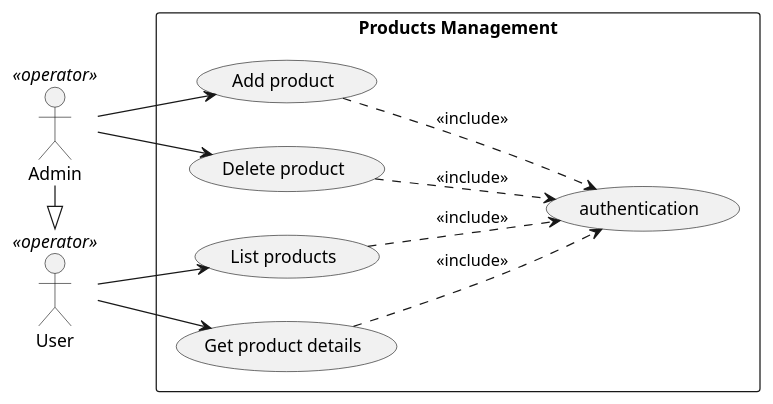
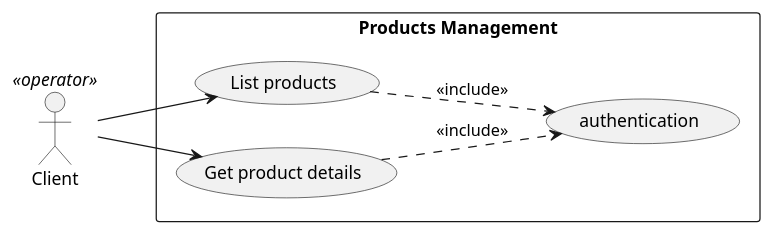
Before and after one commit to Xwyk/BileMo: the diagram in diagrams/UseCases/UseCase_ProductsManagement.puml, drawn with PlantUML. The commit also changed 13 other files, not shown here.

```diff
--- a/diagrams/UseCases/UseCase_ProductsManagement.puml
+++ b/diagrams/UseCases/UseCase_ProductsManagement.puml
@@ -1,26 +1,18 @@
 @startuml
 left to right direction
-User    <<operator>> as user
-Admin    <<operator>> as admin
+Client    <<operator>> as client
 
 
 rectangle "Products Management" {
   (List products) as listProducts
-  (Add product) as addProduct
-  (Delete product) as delProduct
   (Get product details) as getDetails
   (authentication) as auth
 }
 
-user --> listProducts
-user --> getDetails
-admin --> addProduct
-admin --> delProduct
+client --> listProducts
+client --> getDetails
 
 listProducts ..> auth : <<include>>
 getDetails ..> auth : <<include>>
-addProduct ..> auth : <<include>>
-delProduct ..> auth : <<include>>
 
-admin -|> user
 @enduml
```
